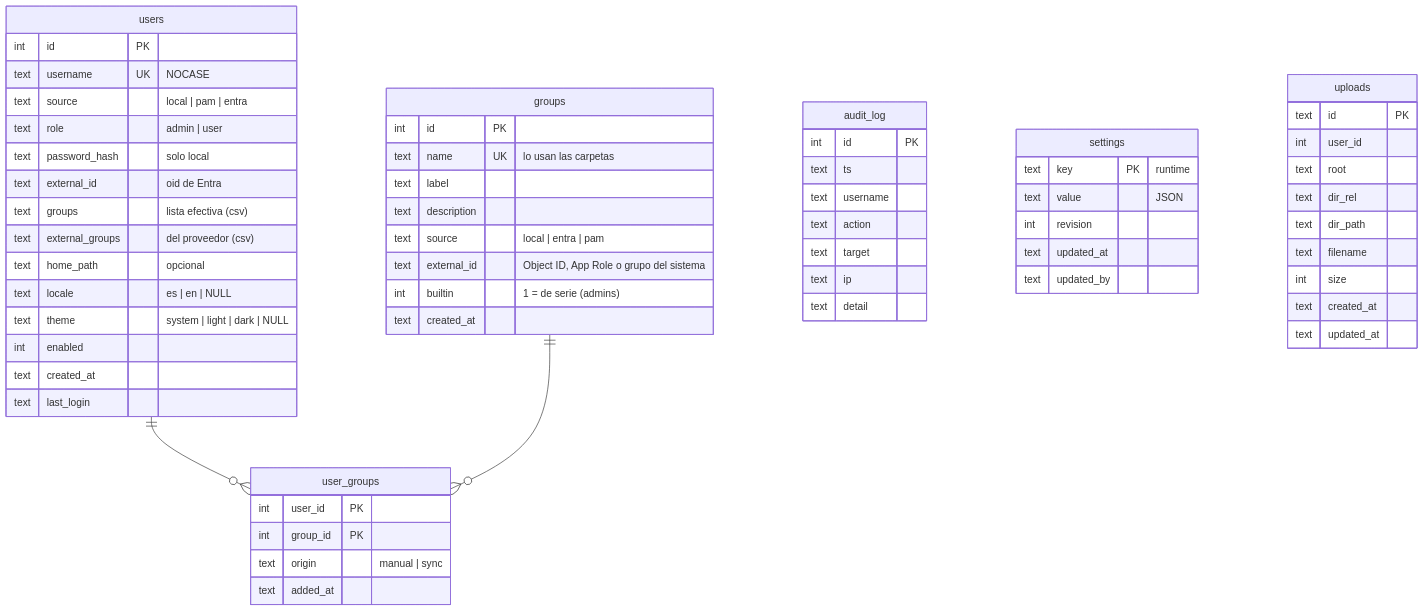
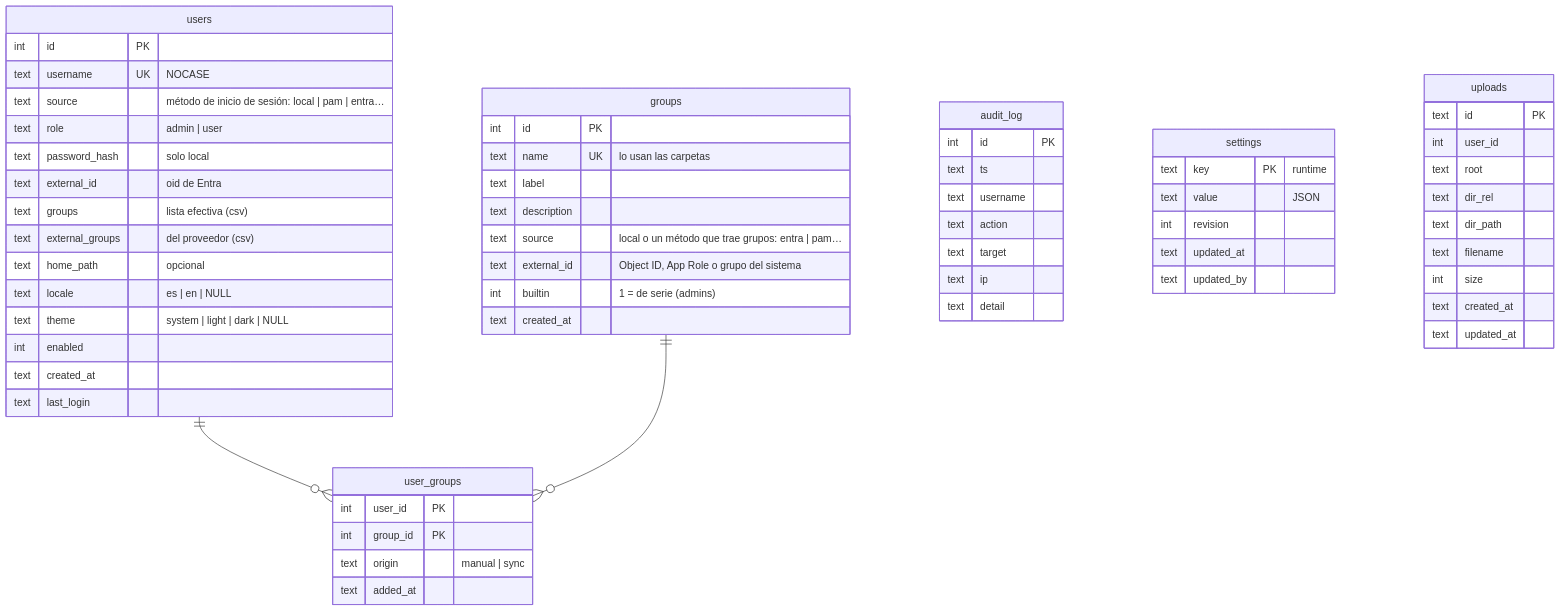
The diagram in docs/arquitectura/datos.md (vsc55/StorageWeb), drawn with Mermaid before and after one commit. The commit also changed other lines of this file and 125 other files, not shown here.

````diff
--- a/docs/arquitectura/datos.md
+++ b/docs/arquitectura/datos.md
@@ -7,64 +7,64 @@
 ```mermaid
 erDiagram
     users {
         int id PK
         text username UK "NOCASE"
-        text source "local | pam | entra"
+        text source "método de inicio de sesión: local | pam | entra…"
         text role "admin | user"
         text password_hash "solo local"
         text external_id "oid de Entra"
         text groups "lista efectiva (csv)"
         text external_groups "del proveedor (csv)"
         text home_path "opcional"
         text locale "es | en | NULL"
         text theme "system | light | dark | NULL"
         int enabled
         text created_at
         text last_login
     }
     groups {
         int id PK
         text name UK "lo usan las carpetas"
         text label
         text description
-        text source "local | entra | pam"
+        text source "local o un método que trae grupos: entra | pam…"
         text external_id "Object ID, App Role o grupo del sistema"
         int builtin "1 = de serie (admins)"
         text created_at
     }
     user_groups {
         int user_id PK
         int group_id PK
         text origin "manual | sync"
         text added_at
     }
     users ||--o{ user_groups : ""
     groups ||--o{ user_groups : ""
     audit_log {
         int id PK
         text ts
         text username
         text action
         text target
         text ip
         text detail
     }
     settings {
         text key PK "runtime"
         text value "JSON"
         int revision
         text updated_at
         text updated_by
     }
     uploads {
         text id PK
         int user_id
         text root
         text dir_rel
         text dir_path
         text filename
         int size
         text created_at
         text updated_at
     }
 ```
````
